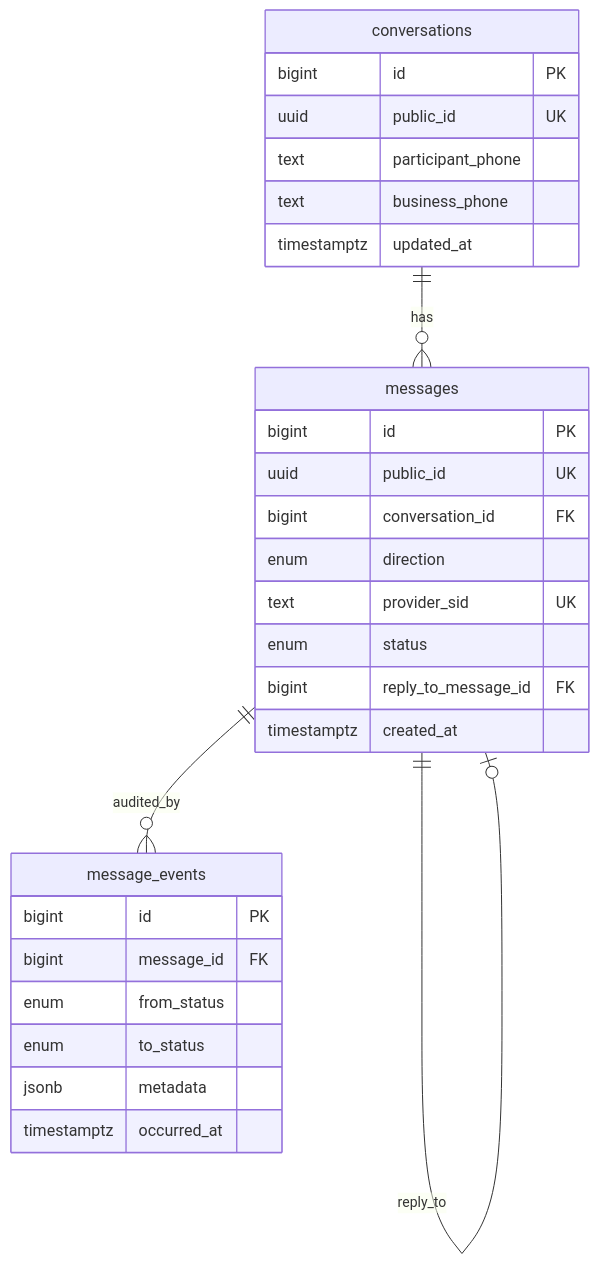
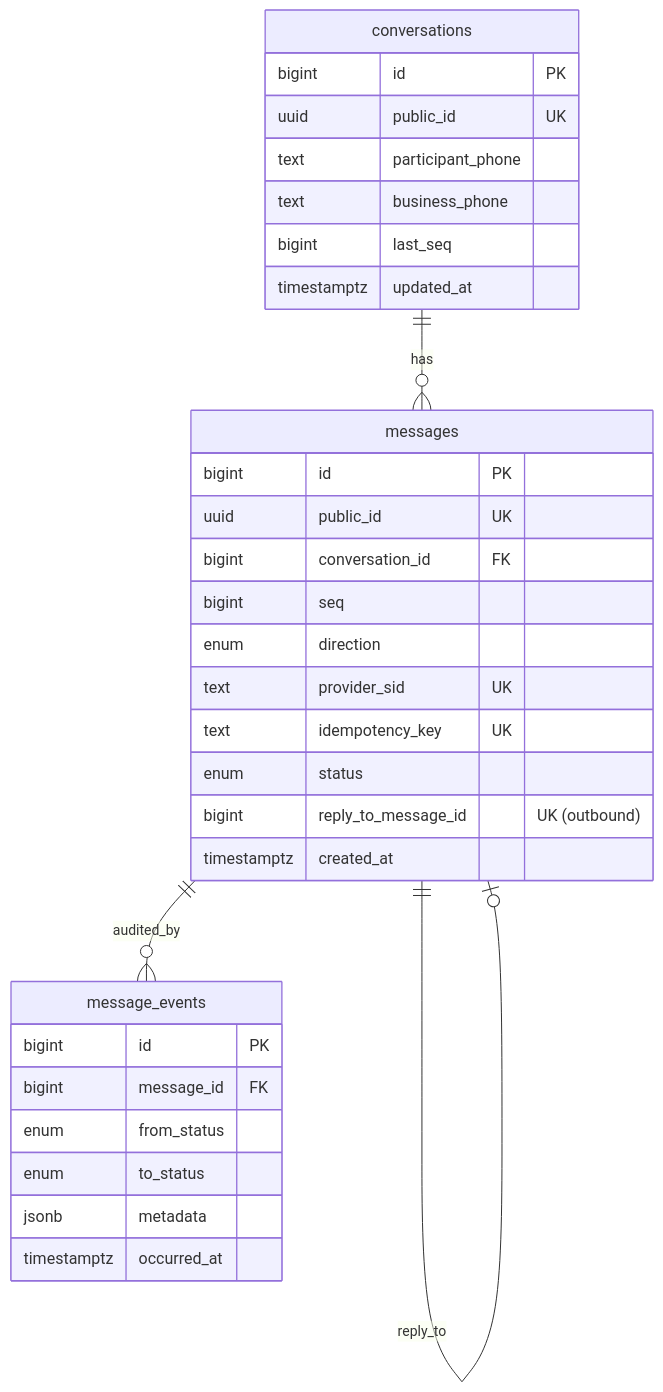
Before and after one commit to tonytcb/conversational-sms-test: the fifth of 5 diagrams in docs/ARCHITECTURE.md, drawn with Mermaid. The commit also changed other lines of this file and 3 other files, not shown here.

````diff
--- a/docs/ARCHITECTURE.md
+++ b/docs/ARCHITECTURE.md
@@ -136,32 +233,35 @@
 ```mermaid
 erDiagram
   conversations ||--o{ messages : has
   messages ||--o{ message_events : audited_by
   messages ||--o| messages : reply_to
 
   conversations {
     bigint id PK
     uuid public_id UK
     text participant_phone
     text business_phone
+    bigint last_seq
     timestamptz updated_at
   }
   messages {
     bigint id PK
     uuid public_id UK
     bigint conversation_id FK
+    bigint seq
     enum direction
     text provider_sid UK
+    text idempotency_key UK
     enum status
-    bigint reply_to_message_id FK
+    bigint reply_to_message_id "UK (outbound)"
     timestamptz created_at
   }
   message_events {
     bigint id PK
     bigint message_id FK
     enum from_status
     enum to_status
     jsonb metadata
     timestamptz occurred_at
   }
 ```
````
